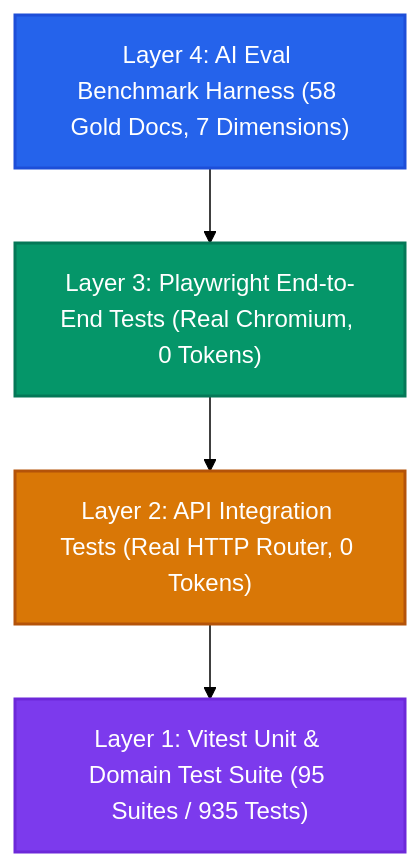
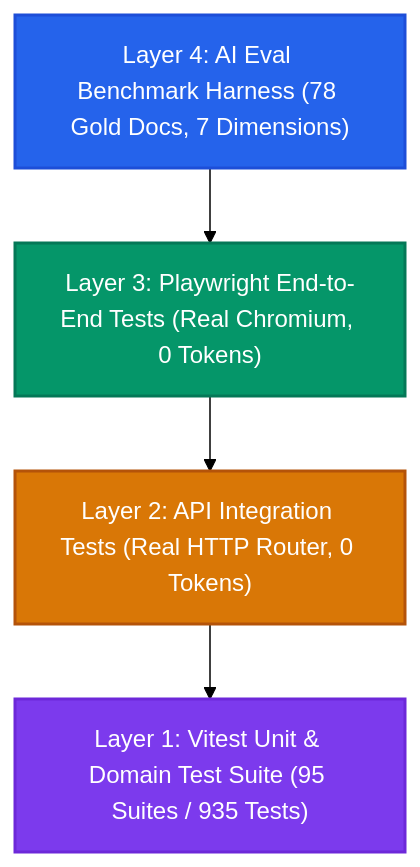
Before and after one commit to BradshawAsher/dillon-ai: the diagram in docs/TESTING_AND_CI.md, drawn with Mermaid (forest theme). The commit also changed other lines of this file and 9 other files, not shown here.

````diff
--- a/docs/TESTING_AND_CI.md
+++ b/docs/TESTING_AND_CI.md
@@ -9,10 +9,10 @@
 ```mermaid
 graph TD
-    A["Layer 4: AI Eval Benchmark Harness (58 Gold Docs, 7 Dimensions)"] --> B["Layer 3: Playwright End-to-End Tests (Real Chromium, 0 Tokens)"]
+    A["Layer 4: AI Eval Benchmark Harness (78 Gold Docs, 7 Dimensions)"] --> B["Layer 3: Playwright End-to-End Tests (Real Chromium, 0 Tokens)"]
     B --> C["Layer 2: API Integration Tests (Real HTTP Router, 0 Tokens)"]
     C --> D["Layer 1: Vitest Unit & Domain Test Suite (95 Suites / 935 Tests)"]
     style A fill:#2563eb,stroke:#1d4ed8,stroke-width:2px,color:#fff
     style B fill:#059669,stroke:#047857,stroke-width:2px,color:#fff
     style C fill:#d97706,stroke:#b45309,stroke-width:2px,color:#fff
     style D fill:#7c3aed,stroke:#6d28d9,stroke-width:2px,color:#fff
 ```
````
